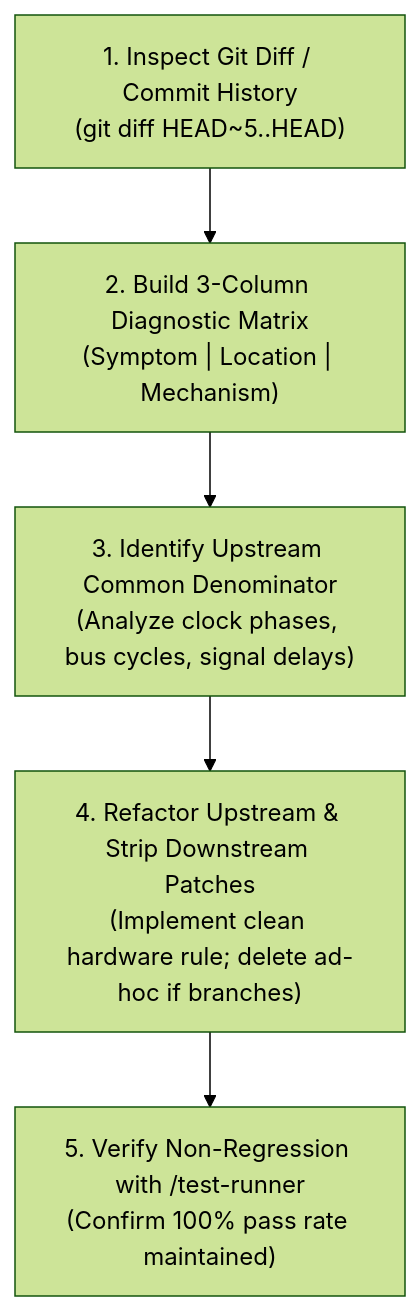
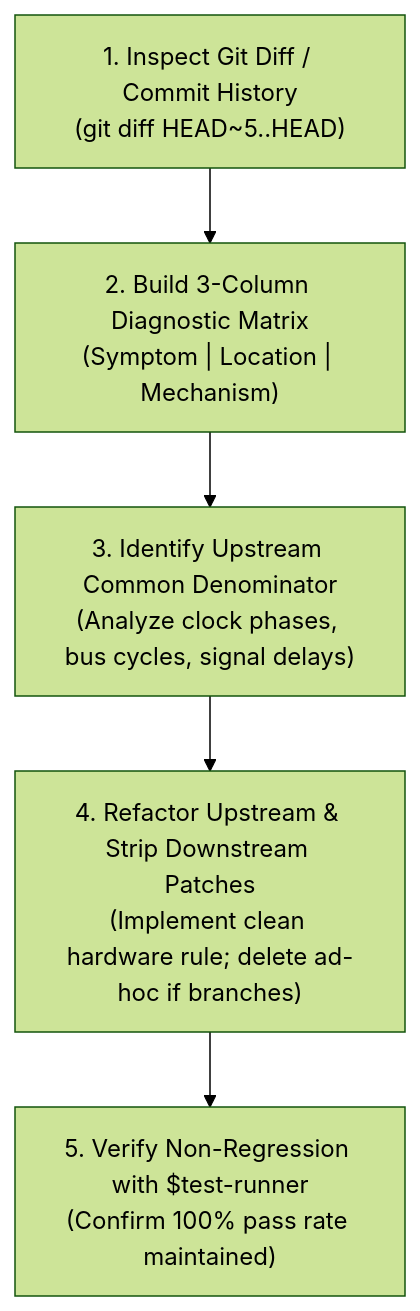
The diagram in .agents/skills/synthesize-test-fixes/SKILL.md (tomek-anuszkiewicz/amiga-studio), drawn with Mermaid (forest theme) before and after one commit. The commit also changed other lines of this file and 41 other files, not shown here.

````diff
--- a/.agents/skills/synthesize-test-fixes/SKILL.md
+++ b/.agents/skills/synthesize-test-fixes/SKILL.md
@@ -44,7 +44,7 @@
 ```mermaid
 flowchart TD
     A["1. Inspect Git Diff / Commit History\n(git diff HEAD~5..HEAD)"] --> B["2. Build 3-Column Diagnostic Matrix\n(Symptom | Location | Mechanism)"]
     B --> C["3. Identify Upstream Common Denominator\n(Analyze clock phases, bus cycles, signal delays)"]
     C --> D["4. Refactor Upstream & Strip Downstream Patches\n(Implement clean hardware rule; delete ad-hoc if branches)"]
-    D --> E["5. Verify Non-Regression with /test-runner\n(Confirm 100% pass rate maintained)"]
+    D --> E["5. Verify Non-Regression with $test-runner\n(Confirm 100% pass rate maintained)"]
 ```
````
